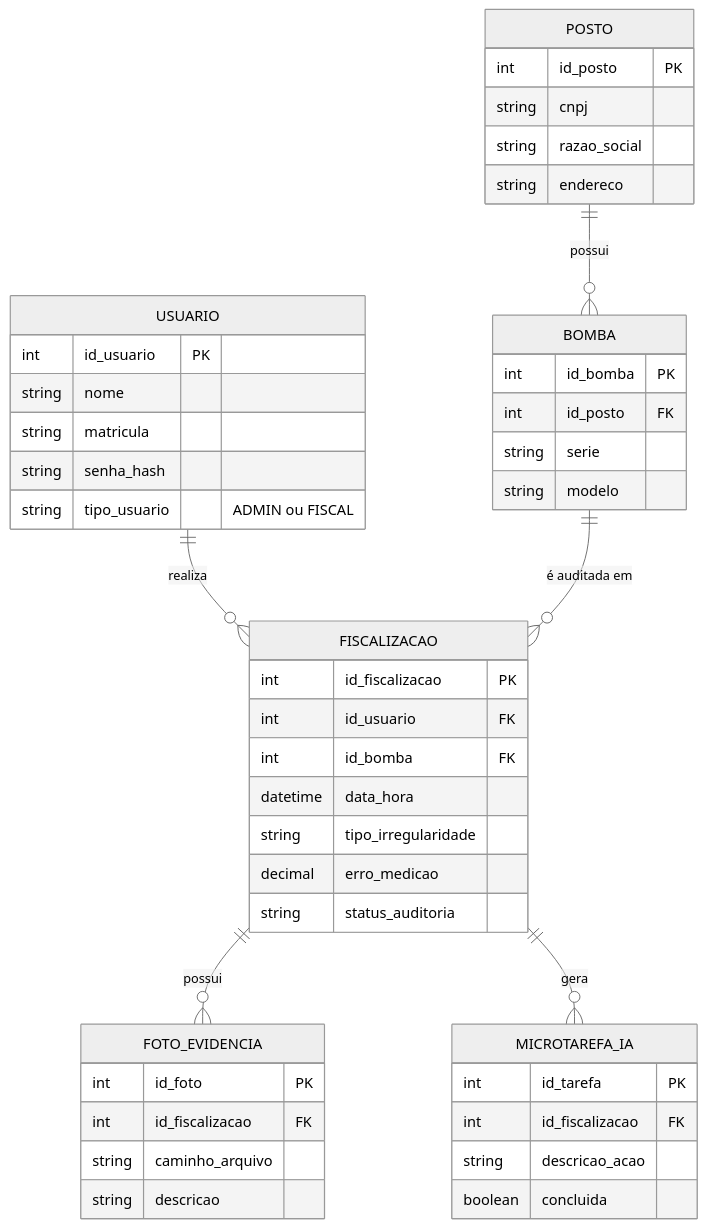
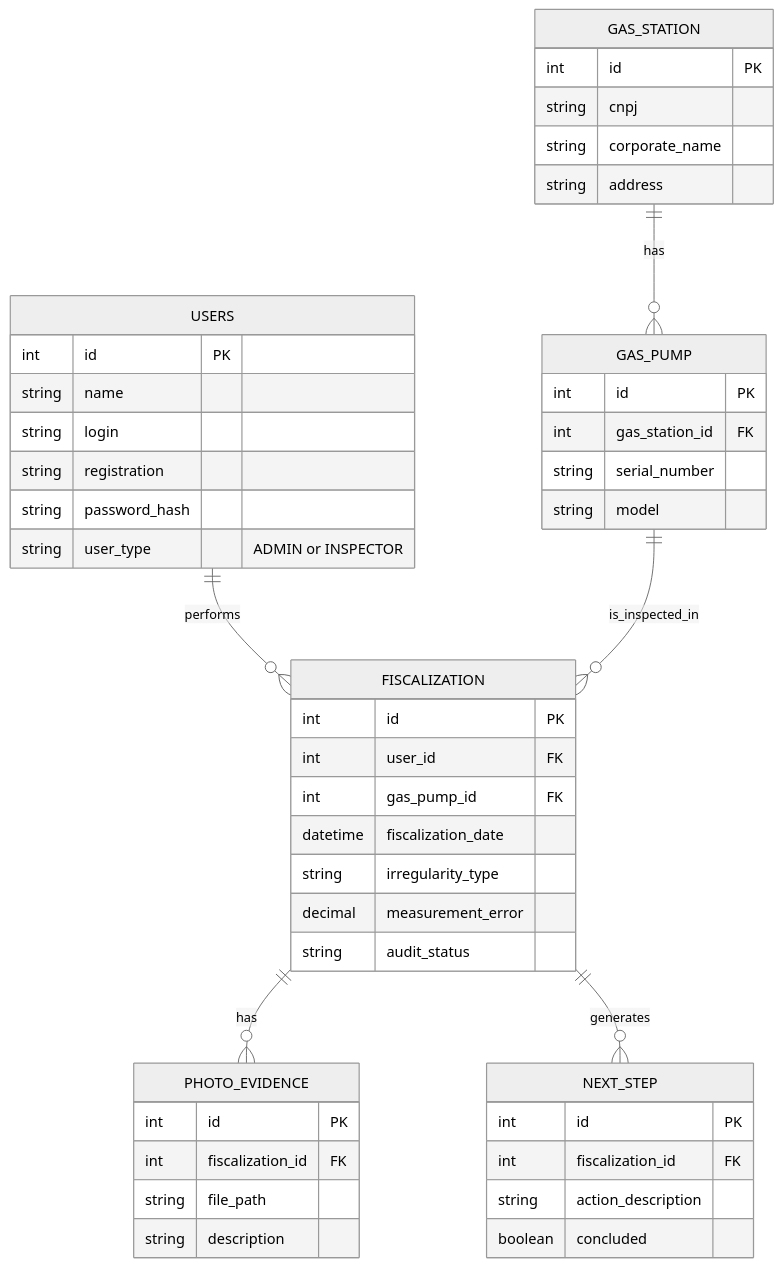
One commit to usjt-prog-e-solucoes-computacionais/SIAM---Sistema-Inteligente-de-Auditoria-Metrol-gica changed the diagram in PROPOSTA.md. Above: the diagram before and after it, drawn with Mermaid (neutral theme).

Commit message:
Refactor ER diagram for user and gas station entities

````diff
--- a/PROPOSTA.md
+++ b/PROPOSTA.md
@@ -112,55 +112,56 @@
 ```mermaid
 erDiagram
 
-    USUARIO {
-        int id_usuario PK
-        string nome
-        string matricula
-        string senha_hash
-        string tipo_usuario "ADMIN ou FISCAL"
+    USERS {
+        int id PK
+        string name
+        string login
+        string registration
+        string password_hash
+        string user_type "ADMIN or INSPECTOR"
     }
 
-    POSTO {
-        int id_posto PK
+    GAS_STATION {
+        int id PK
         string cnpj
-        string razao_social
-        string endereco
+        string corporate_name
+        string address
     }
 
-    BOMBA {
-        int id_bomba PK
-        int id_posto FK
-        string serie
-        string modelo
+    GAS_PUMP {
+        int id PK
+        int gas_station_id FK
+        string serial_number
+        string model
     }
 
-    FISCALIZACAO {
-        int id_fiscalizacao PK
-        int id_usuario FK
-        int id_bomba FK
-        datetime data_hora
-        string tipo_irregularidade
-        decimal erro_medicao
-        string status_auditoria
+    FISCALIZATION {
+        int id PK
+        int user_id FK
+        int gas_pump_id FK
+        datetime fiscalization_date
+        string irregularity_type
+        decimal measurement_error
+        string audit_status
     }
 
-    FOTO_EVIDENCIA {
-        int id_foto PK
-        int id_fiscalizacao FK
-        string caminho_arquivo
-        string descricao
+    PHOTO_EVIDENCE {
+        int id PK
+        int fiscalization_id FK
+        string file_path
+        string description
     }
 
-    MICROTAREFA_IA {
-        int id_tarefa PK
-        int id_fiscalizacao FK
-        string descricao_acao
-        boolean concluida
+    NEXT_STEP {
+        int id PK
+        int fiscalization_id FK
+        string action_description
+        boolean concluded
     }
 
-    USUARIO ||--o{ FISCALIZACAO : "realiza"
-    POSTO ||--o{ BOMBA : "possui"
-    BOMBA ||--o{ FISCALIZACAO : "é auditada em"
-    FISCALIZACAO ||--o{ FOTO_EVIDENCIA : "possui"
-    FISCALIZACAO ||--o{ MICROTAREFA_IA : "gera"
+    USERS ||--o{ FISCALIZATION : performs
+    GAS_STATION ||--o{ GAS_PUMP : has
+    GAS_PUMP ||--o{ FISCALIZATION : is_inspected_in
+    FISCALIZATION ||--o{ PHOTO_EVIDENCE : has
+    FISCALIZATION ||--o{ NEXT_STEP : generates
 ```
````
